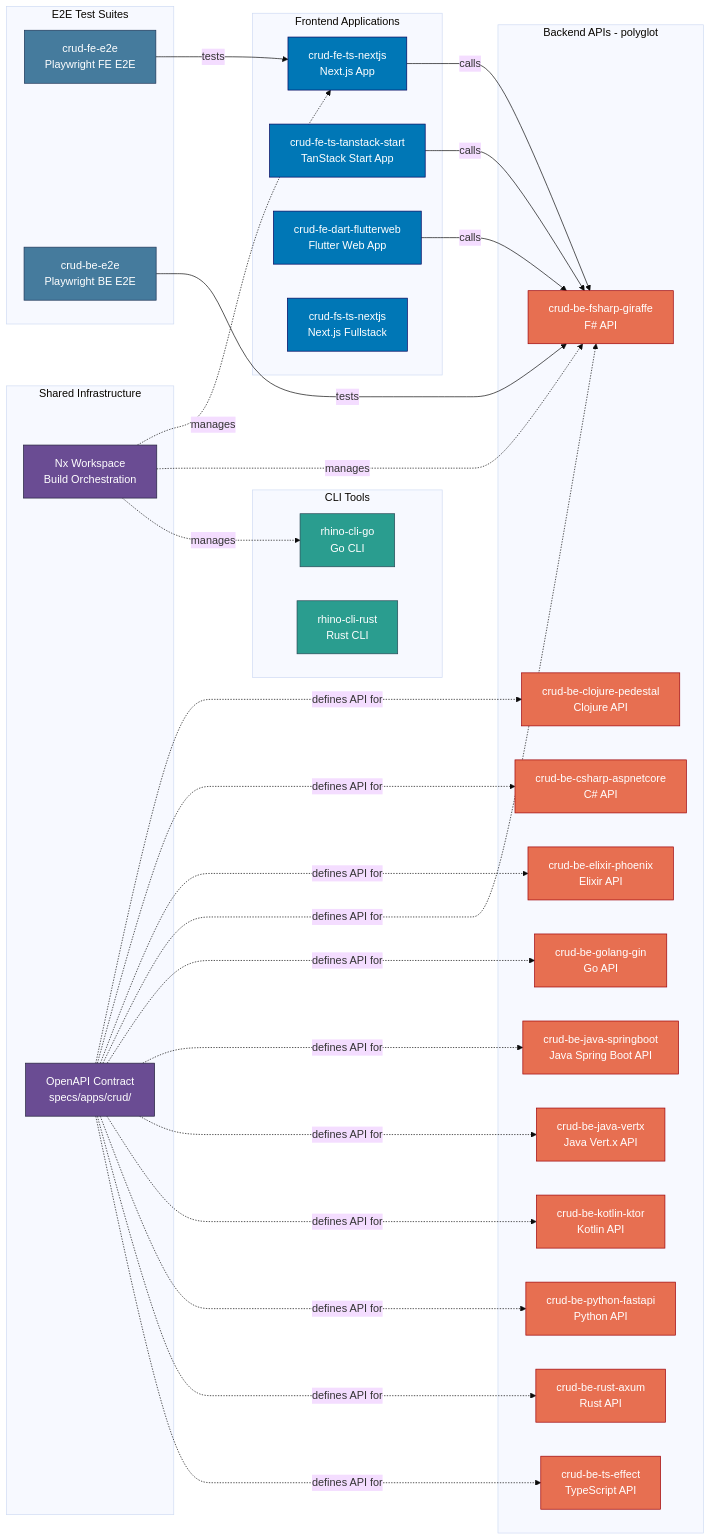
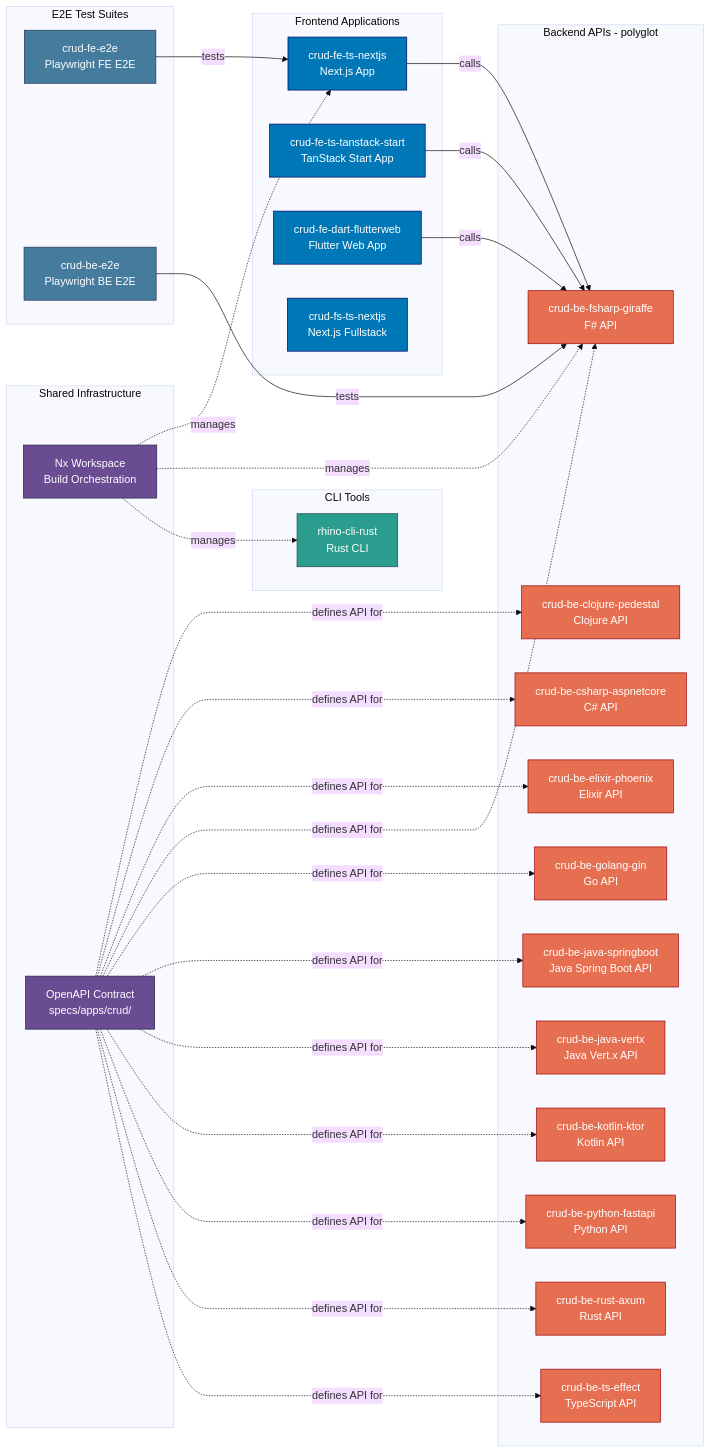
The diagram in docs/reference/system-architecture/applications.md (wahidyankf/ose-primer), drawn with Mermaid (base theme) before and after one commit. The commit also changed other lines of this file and 409 other files, not shown here.

First line of the commit message:
refactor(rhino-cli)!: remove Go implementation and dual-impl parity

````diff
--- a/docs/reference/system-architecture/applications.md
+++ b/docs/reference/system-architecture/applications.md
@@ -69,82 +68,80 @@
 ```mermaid
 graph LR
     subgraph "Frontend Applications"
         FE_NEXTJS[crud-fe-ts-nextjs<br/>Next.js App]
         FE_TANSTACK[crud-fe-ts-tanstack-start<br/>TanStack Start App]
         FE_DART[crud-fe-dart-flutterweb<br/>Flutter Web App]
         FS_NEXTJS[crud-fs-ts-nextjs<br/>Next.js Fullstack]
     end
 
     subgraph "Backend APIs - polyglot"
         BE_CLOJURE[crud-be-clojure-pedestal<br/>Clojure API]
         BE_CSHARP[crud-be-csharp-aspnetcore<br/>C# API]
         BE_ELIXIR[crud-be-elixir-phoenix<br/>Elixir API]
         BE_FSHARP[crud-be-fsharp-giraffe<br/>F# API]
         BE_GO[crud-be-golang-gin<br/>Go API]
         BE_JASB[crud-be-java-springboot<br/>Java Spring Boot API]
         BE_JAVX[crud-be-java-vertx<br/>Java Vert.x API]
         BE_KOTLIN[crud-be-kotlin-ktor<br/>Kotlin API]
         BE_PYTHON[crud-be-python-fastapi<br/>Python API]
         BE_RUST[crud-be-rust-axum<br/>Rust API]
         BE_TS[crud-be-ts-effect<br/>TypeScript API]
     end
 
     subgraph "E2E Test Suites"
         FE_E2E[crud-fe-e2e<br/>Playwright FE E2E]
         BE_E2E[crud-be-e2e<br/>Playwright BE E2E]
     end
 
     subgraph "CLI Tools"
-        RHINO_GO[rhino-cli-go<br/>Go CLI]
         RHINO_RUST[rhino-cli-rust<br/>Rust CLI]
     end
 
     subgraph "Shared Infrastructure"
         NX[Nx Workspace<br/>Build Orchestration]
         CONTRACT[OpenAPI Contract<br/>specs/apps/crud/]
     end
 
     FE_NEXTJS -->|calls| BE_FSHARP
     FE_TANSTACK -->|calls| BE_FSHARP
     FE_DART -->|calls| BE_FSHARP
     FE_E2E -->|tests| FE_NEXTJS
     BE_E2E -->|tests| BE_FSHARP
 
     CONTRACT -.->|defines API for| BE_CLOJURE
     CONTRACT -.->|defines API for| BE_CSHARP
     CONTRACT -.->|defines API for| BE_ELIXIR
     CONTRACT -.->|defines API for| BE_FSHARP
     CONTRACT -.->|defines API for| BE_GO
     CONTRACT -.->|defines API for| BE_JASB
     CONTRACT -.->|defines API for| BE_JAVX
     CONTRACT -.->|defines API for| BE_KOTLIN
     CONTRACT -.->|defines API for| BE_PYTHON
     CONTRACT -.->|defines API for| BE_RUST
     CONTRACT -.->|defines API for| BE_TS
 
     NX -.->|manages| FE_NEXTJS
     NX -.->|manages| BE_FSHARP
-    NX -.->|manages| RHINO_GO
+    NX -.->|manages| RHINO_RUST
 
     style FE_NEXTJS fill:#0077b6,stroke:#03045e,color:#ffffff
     style FE_TANSTACK fill:#0077b6,stroke:#03045e,color:#ffffff
     style FE_DART fill:#0077b6,stroke:#03045e,color:#ffffff
     style FS_NEXTJS fill:#0077b6,stroke:#03045e,color:#ffffff
     style BE_CLOJURE fill:#e76f51,stroke:#9d0208,color:#ffffff
     style BE_CSHARP fill:#e76f51,stroke:#9d0208,color:#ffffff
     style BE_ELIXIR fill:#e76f51,stroke:#9d0208,color:#ffffff
     style BE_FSHARP fill:#e76f51,stroke:#9d0208,color:#ffffff
     style BE_GO fill:#e76f51,stroke:#9d0208,color:#ffffff
     style BE_JASB fill:#e76f51,stroke:#9d0208,color:#ffffff
     style BE_JAVX fill:#e76f51,stroke:#9d0208,color:#ffffff
     style BE_KOTLIN fill:#e76f51,stroke:#9d0208,color:#ffffff
     style BE_PYTHON fill:#e76f51,stroke:#9d0208,color:#ffffff
     style BE_RUST fill:#e76f51,stroke:#9d0208,color:#ffffff
     style BE_TS fill:#e76f51,stroke:#9d0208,color:#ffffff
     style FE_E2E fill:#457b9d,stroke:#1d3557,color:#ffffff
     style BE_E2E fill:#457b9d,stroke:#1d3557,color:#ffffff
-    style RHINO_GO fill:#2a9d8f,stroke:#264653,color:#ffffff
     style RHINO_RUST fill:#2a9d8f,stroke:#264653,color:#ffffff
     style NX fill:#6a4c93,stroke:#22223b,color:#ffffff
     style CONTRACT fill:#6a4c93,stroke:#22223b,color:#ffffff
 ```
````
